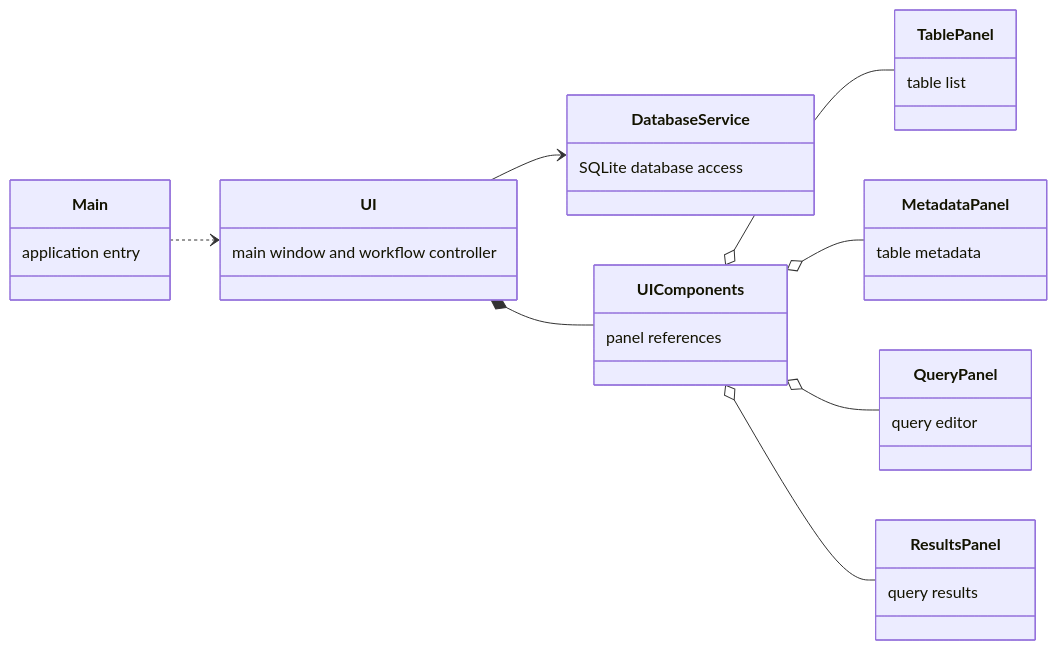
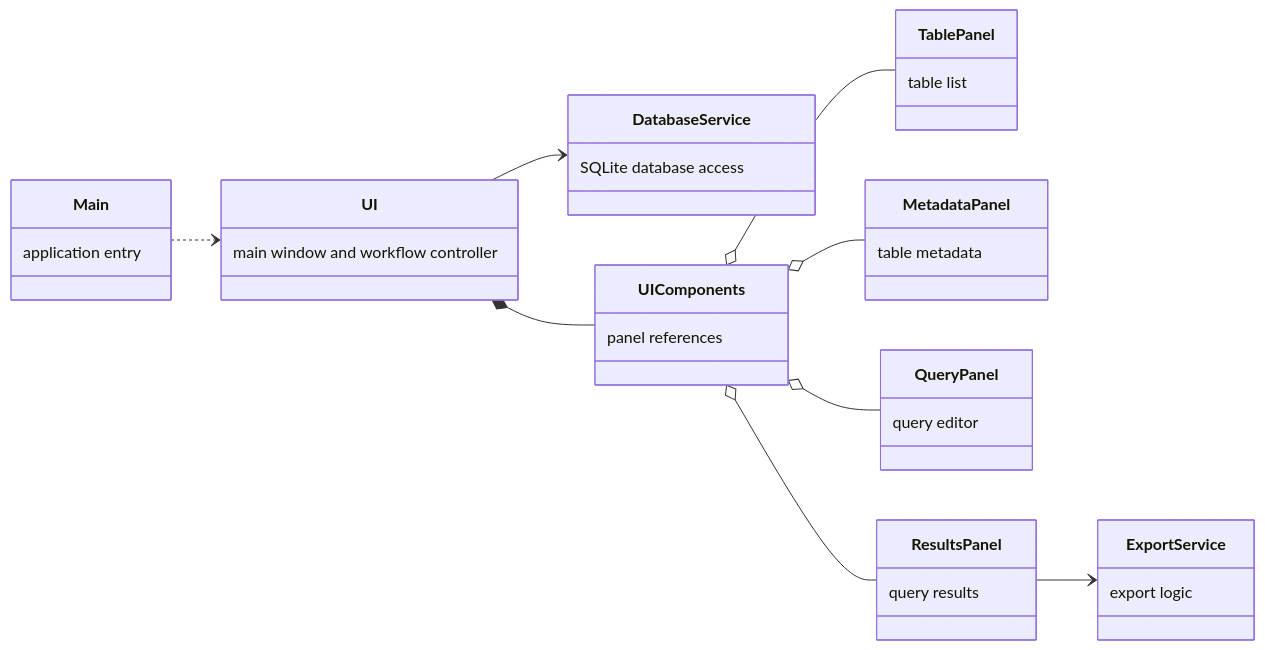
The first of 2 diagrams in db-utils/docs/architecture.md (kahkaar/ot-exercises), drawn with Mermaid before and after one commit. The commit also changed other lines of this file and 3 other files, not shown here.

Commit message:
Update documentation, add sequence diagram

````diff
--- a/db-utils/docs/architecture.md
+++ b/db-utils/docs/architecture.md
@@ -3,44 +3,49 @@
 ```mermaid
 classDiagram
 direction LR
 
 class Main {
   application entry
 }
 
 class UI {
   main window and workflow controller
 }
 
 class DatabaseService {
   SQLite database access
+}
+
+class ExportService {
+  export logic
 }
 
 class TablePanel {
   table list
 }
 
 class MetadataPanel {
   table metadata
 }
 
 class QueryPanel {
   query editor
 }
 
 class ResultsPanel {
   query results
 }
 
 class UIComponents {
   panel references
 }
 
 Main ..> UI
 UI *-- UIComponents
 UI --> DatabaseService
 UIComponents o-- TablePanel
 UIComponents o-- MetadataPanel
 UIComponents o-- QueryPanel
 UIComponents o-- ResultsPanel
+ResultsPanel --> ExportService
 ```
````
